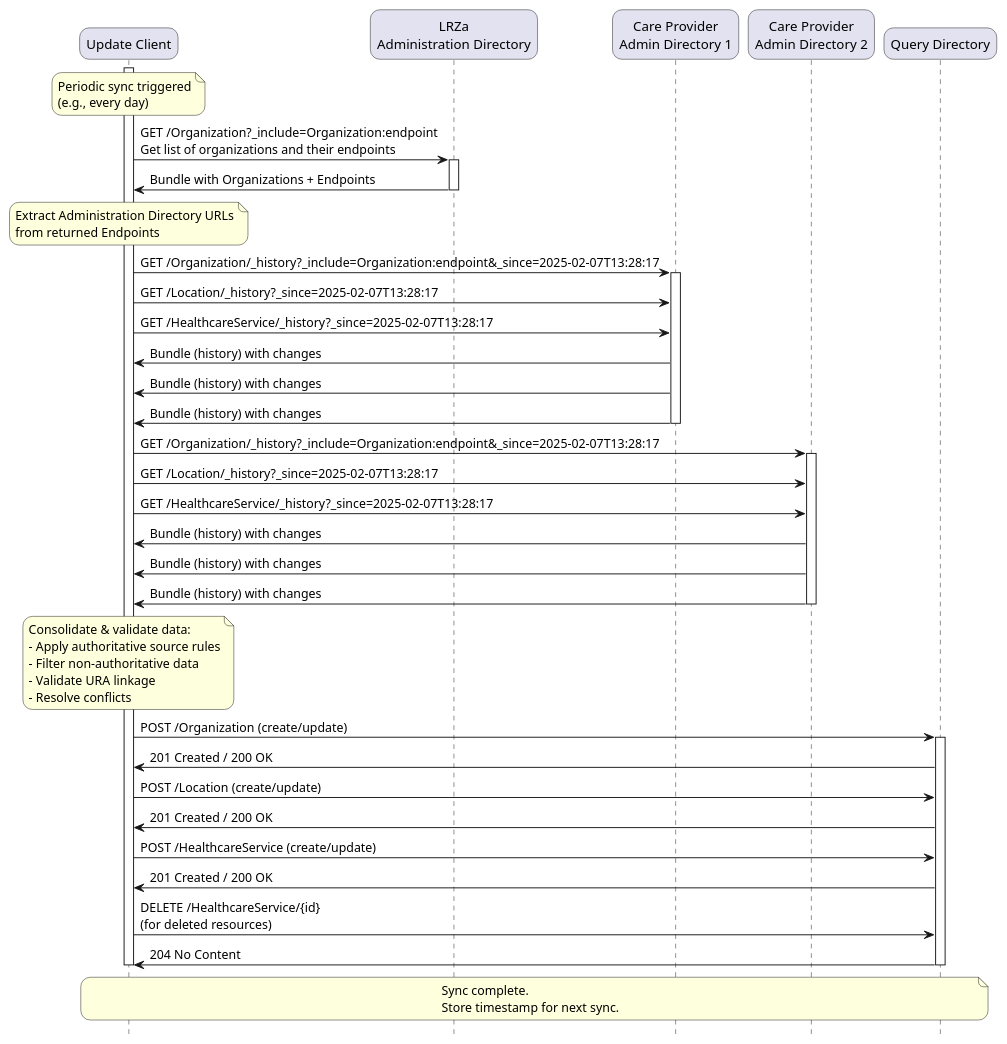
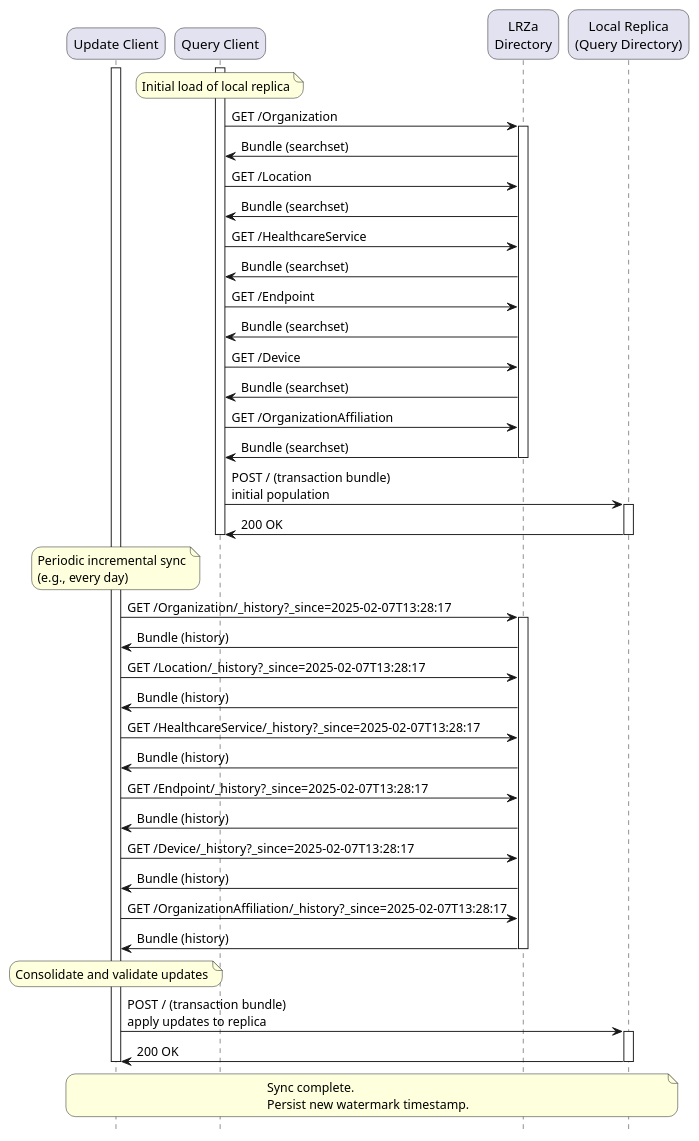
The diagram in input/images-source/care-services-sync-example.plantuml (minvws/generiekefuncties-docs), drawn with PlantUML before and after one commit. The commit also changed 2 other files, not shown here.

```diff
--- a/input/images-source/care-services-sync-example.plantuml
+++ b/input/images-source/care-services-sync-example.plantuml
@@ -1,62 +1,66 @@
 @startuml care-services-sync-example
 
 skinparam roundcorner 20
 skinparam defaultFontName Arial 
 hide footbox
 
 !pragma teoz true
 
 participant  UC as "Update Client"
-participant  LRZa as "LRZa\nAdministration Directory"
-participant  AD1 as "Care Provider\nAdmin Directory 1"
-participant  AD2 as "Care Provider\nAdmin Directory 2"
-participant  QD as "Query Directory"
+participant  QC as "Query Client"
+participant  LRZa as "LRZa\nDirectory"
+participant  QD as "Local Replica\n(Query Directory)"
 
 activate UC
-note over UC: Periodic sync triggered\n(e.g., every day)
+activate QC
+note over QC: Initial load of local replica
 
-UC -> LRZa: GET /Organization?_include=Organization:endpoint\nGet list of organizations and their endpoints
+QC -> LRZa: GET /Organization
 activate LRZa
-LRZa -> UC: Bundle with Organizations + Endpoints
+LRZa -> QC: Bundle (searchset)
+QC -> LRZa: GET /Location
+LRZa -> QC: Bundle (searchset)
+QC -> LRZa: GET /HealthcareService
+LRZa -> QC: Bundle (searchset)
+QC -> LRZa: GET /Endpoint
+LRZa -> QC: Bundle (searchset)
+QC -> LRZa: GET /Device
+LRZa -> QC: Bundle (searchset)
+QC -> LRZa: GET /OrganizationAffiliation
+LRZa -> QC: Bundle (searchset)
 deactivate LRZa
 
-note over UC: Extract Administration Directory URLs\nfrom returned Endpoints
+QC -> QD: POST / (transaction bundle)\ninitial population
+activate QD
+QD -> QC: 200 OK
+deactivate QD
+deactivate QC
 
-UC -> AD1: GET /Organization/_history?_include=Organization:endpoint&_since=2025-02-07T13:28:17
-activate AD1
-UC -> AD1: GET /Location/_history?_since=2025-02-07T13:28:17
-UC -> AD1: GET /HealthcareService/_history?_since=2025-02-07T13:28:17
-AD1 -> UC: Bundle (history) with changes
-AD1 -> UC: Bundle (history) with changes
-AD1 -> UC: Bundle (history) with changes
-deactivate AD1
+note over UC: Periodic incremental sync\n(e.g., every day)
 
-UC -> AD2: GET /Organization/_history?_include=Organization:endpoint&_since=2025-02-07T13:28:17
-activate AD2
-UC -> AD2: GET /Location/_history?_since=2025-02-07T13:28:17
-UC -> AD2: GET /HealthcareService/_history?_since=2025-02-07T13:28:17
-AD2 -> UC: Bundle (history) with changes
-AD2 -> UC: Bundle (history) with changes
-AD2 -> UC: Bundle (history) with changes
-deactivate AD2
+UC -> LRZa: GET /Organization/_history?_since=2025-02-07T13:28:17
+activate LRZa
+LRZa -> UC: Bundle (history)
+UC -> LRZa: GET /Location/_history?_since=2025-02-07T13:28:17
+LRZa -> UC: Bundle (history)
+UC -> LRZa: GET /HealthcareService/_history?_since=2025-02-07T13:28:17
+LRZa -> UC: Bundle (history)
+UC -> LRZa: GET /Endpoint/_history?_since=2025-02-07T13:28:17
+LRZa -> UC: Bundle (history)
+UC -> LRZa: GET /Device/_history?_since=2025-02-07T13:28:17
+LRZa -> UC: Bundle (history)
+UC -> LRZa: GET /OrganizationAffiliation/_history?_since=2025-02-07T13:28:17
+LRZa -> UC: Bundle (history)
+deactivate LRZa
 
-note over UC: Consolidate & validate data:\n- Apply authoritative source rules\n- Filter non-authoritative data\n- Validate URA linkage\n- Resolve conflicts
+note over UC: Consolidate and validate updates
 
-UC -> QD: POST /Organization (create/update)
+UC -> QD: POST / (transaction bundle)\napply updates to replica
 activate QD
-QD -> UC: 201 Created / 200 OK
-
-UC -> QD: POST /Location (create/update)
-QD -> UC: 201 Created / 200 OK
-
-UC -> QD: POST /HealthcareService (create/update)
-QD -> UC: 201 Created / 200 OK
-
-UC -> QD: DELETE /HealthcareService/{id}\n(for deleted resources)
-QD -> UC: 204 No Content
+QD -> UC: 200 OK
 deactivate QD
 
-note over UC,QD: Sync complete.\nStore timestamp for next sync.
+note over UC,QD: Sync complete.\nPersist new watermark timestamp.
 deactivate UC
 
 @enduml
```
